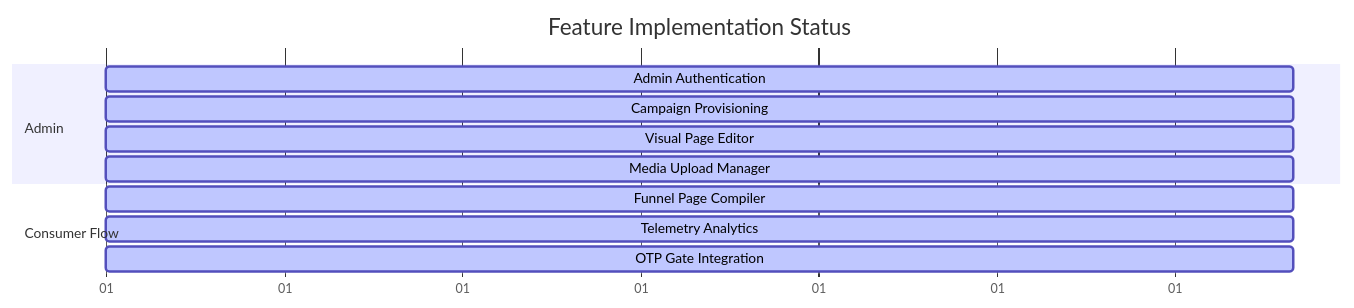
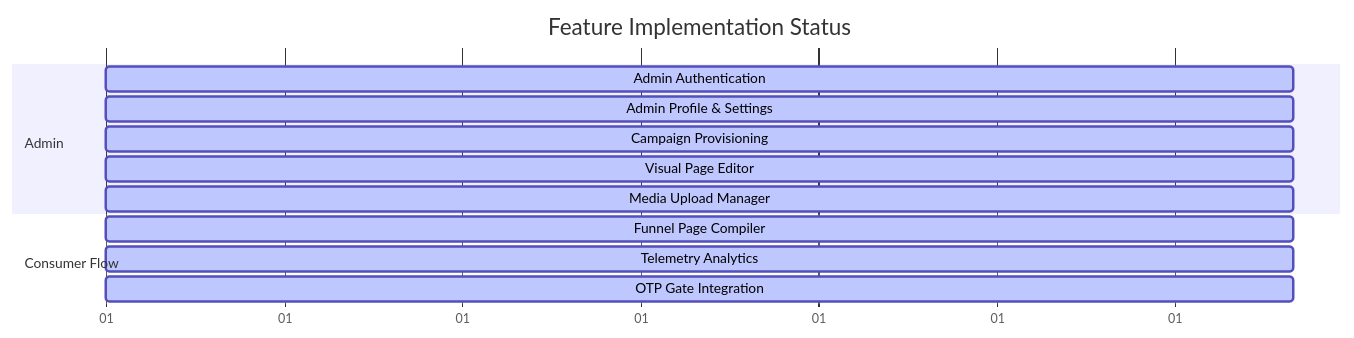
One commit to jplitsolution/html-canvas changed the diagram in project-docs/23_FEATURE_STATUS.md. Above: the diagram before and after it, drawn with Mermaid. The commit also changed other lines of this file and 10 other files, not shown here.

Commit message:
timeline add and changes color

````diff
--- a/project-docs/23_FEATURE_STATUS.md
+++ b/project-docs/23_FEATURE_STATUS.md
@@ -20,15 +20,16 @@
 ```mermaid
 gantt
     title Feature Implementation Status
     dateFormat  X
     axisFormat %d
     section Admin
     Admin Authentication         :active, 0, 100
+    Admin Profile & Settings     :active, 0, 100
     Campaign Provisioning        :active, 0, 100
     Visual Page Editor           :active, 0, 100
     Media Upload Manager         :active, 0, 100
     section Consumer Flow
     Funnel Page Compiler         :active, 0, 100
     Telemetry Analytics          :active, 0, 100
     OTP Gate Integration         :active, 0, 100
 ```
````
